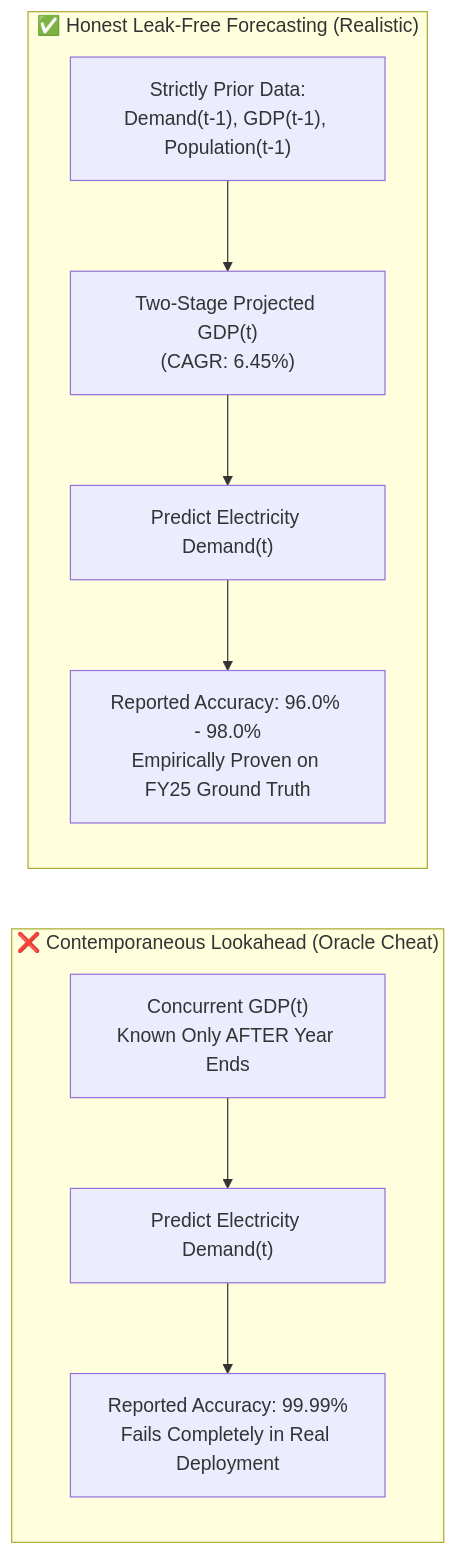
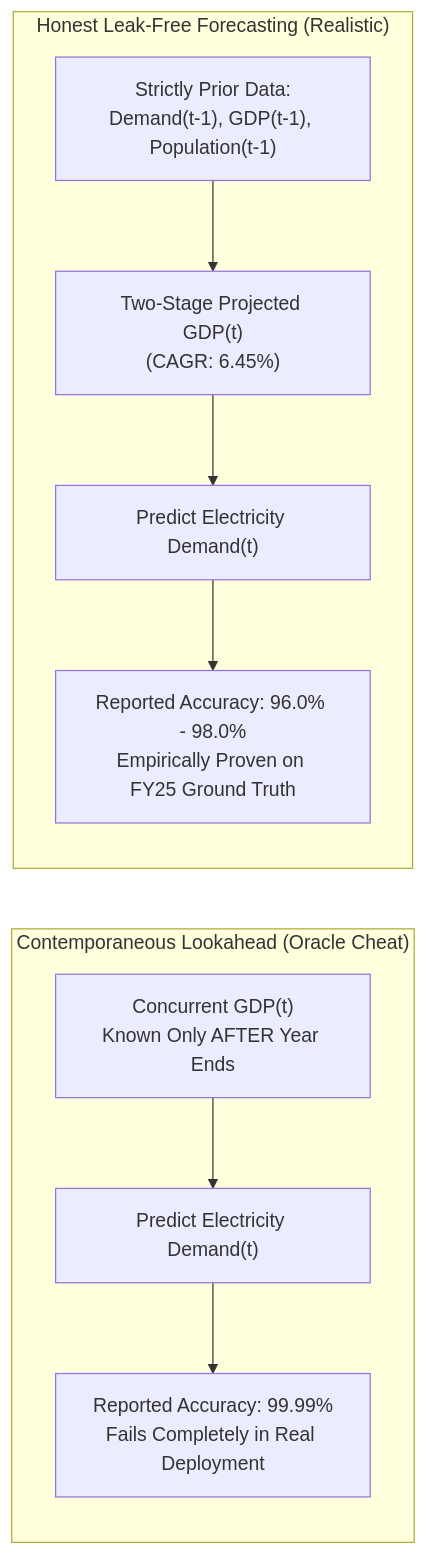
The third of 3 diagrams in README.md (arulraj-234/decardonize-india), drawn with Mermaid before and after one commit. The commit also changed other lines of this file and 9 other files, not shown here.

````diff
--- a/README.md
+++ b/README.md
@@ -335,15 +338,15 @@
 ```mermaid
 flowchart LR
-    subgraph Leaked_Contemporaneous ["❌ Contemporaneous Lookahead (Oracle Cheat)"]
+    subgraph Leaked_Contemporaneous ["Contemporaneous Lookahead (Oracle Cheat)"]
         direction TB
         L1["Concurrent GDP(t)<br/>Known Only AFTER Year Ends"] --> L2["Predict Electricity Demand(t)"]
         L2 --> L3["Reported Accuracy: 99.99%<br/>Fails Completely in Real Deployment"]
     end
 
-    subgraph Honest_Leak_Free ["✅ Honest Leak-Free Forecasting (Realistic)"]
+    subgraph Honest_Leak_Free ["Honest Leak-Free Forecasting (Realistic)"]
         direction TB
         H1["Strictly Prior Data:<br/>Demand(t-1), GDP(t-1), Population(t-1)"] --> H2["Two-Stage Projected GDP(t)<br/>(CAGR: 6.45%)"]
         H2 --> H3["Predict Electricity Demand(t)"]
         H3 --> H4["Reported Accuracy: 96.0% - 98.0%<br/>Empirically Proven on FY25 Ground Truth"]
     end
 ```
````
